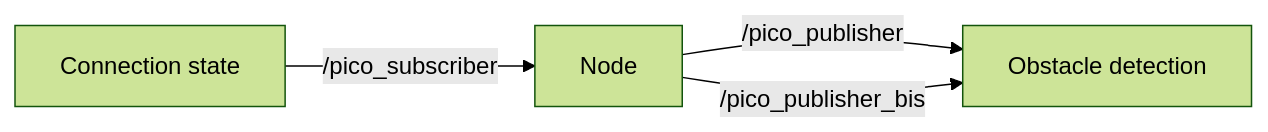
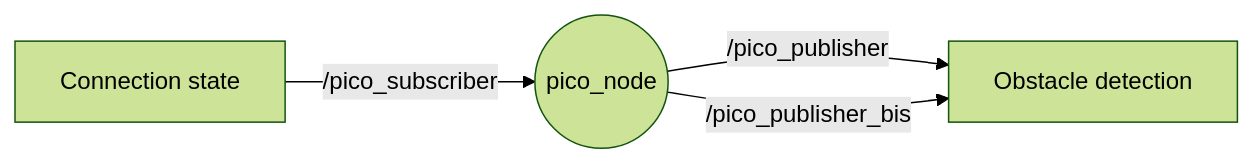
The first of 3 diagrams in README.md (TheoTime01/Spok--Boston-Dynamics-Spot-inspired-robot), drawn with Mermaid (forest theme) before and after one commit. The commit also changed other lines of this file and 3 other files, not shown here.

````diff
--- a/README.md
+++ b/README.md
@@ -108,7 +110,7 @@
 ```mermaid
 graph LR
-    T1[Connection state] -- /pico_subscriber --> Node
+    T1[Connection state] -- /pico_subscriber --> Node((pico_node))
 
     Node -- /pico_publisher -->D[Obstacle detection]
     Node -- /pico_publisher_bis -->D[Obstacle detection]
 ```
````
